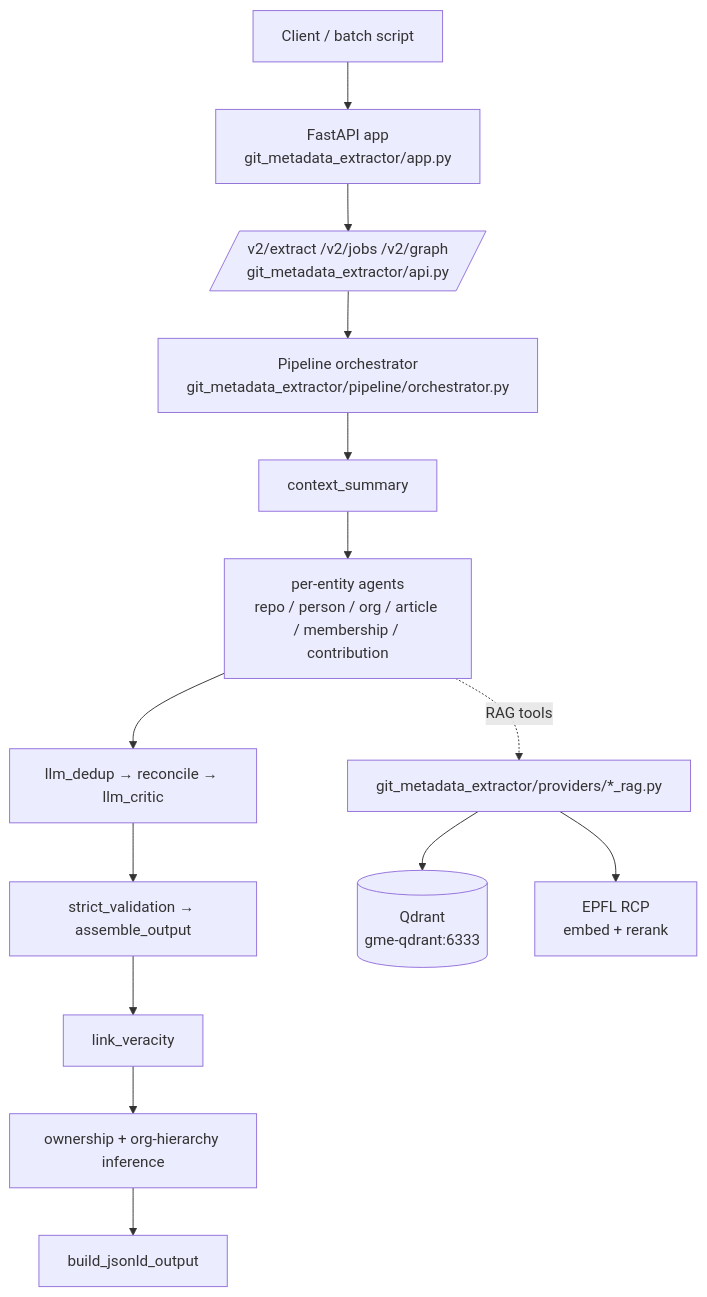
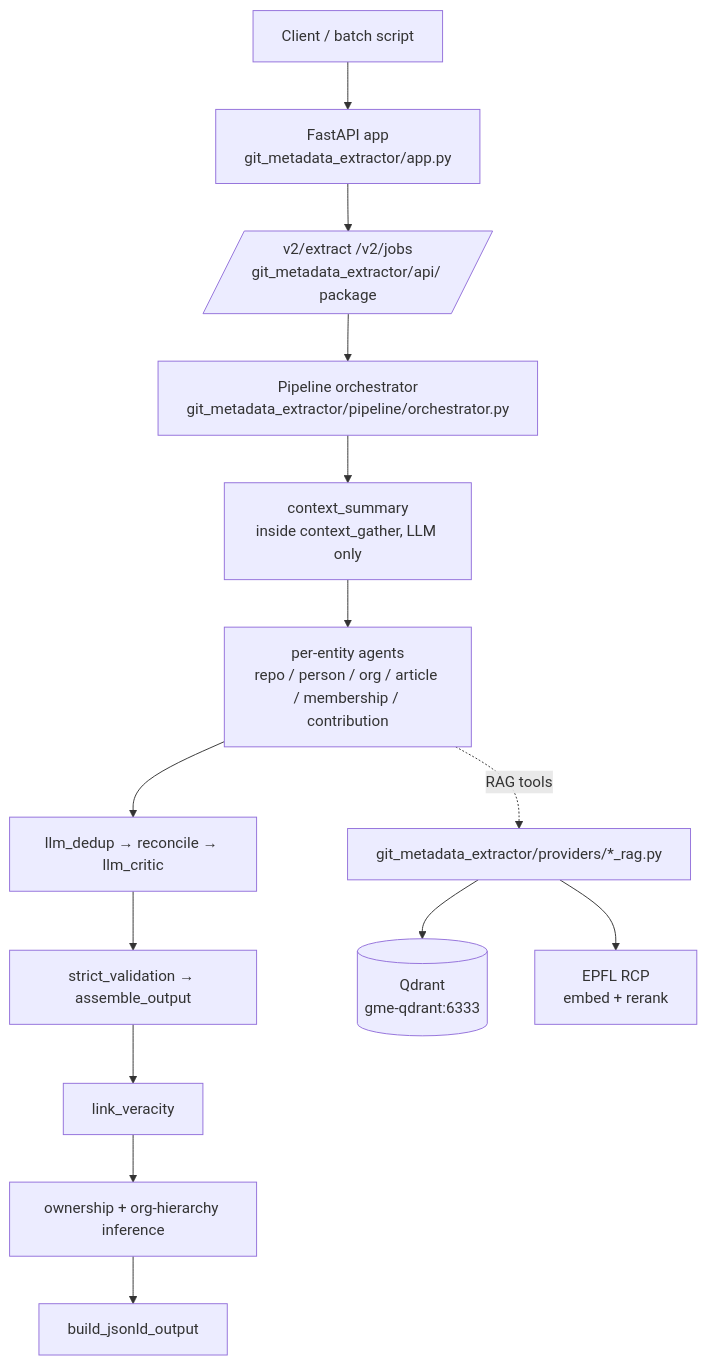
The first of 2 diagrams in docs/index.md (Imaging-Plaza/git-metadata-extractor), drawn with Mermaid before and after one commit. The commit also changed other lines of this file and 37 other files, not shown here.

````diff
--- a/docs/index.md
+++ b/docs/index.md
@@ -40,18 +65,18 @@
 ```mermaid
 flowchart TB
     A[Client / batch script] --> B[FastAPI app<br/>git_metadata_extractor/app.py]
-    B --> V2[/v2/extract /v2/jobs /v2/graph<br/>git_metadata_extractor/api.py/]
+    B --> V2[/v2/extract /v2/jobs<br/>git_metadata_extractor/api/ package/]
 
     V2 --> P[Pipeline orchestrator<br/>git_metadata_extractor/pipeline/orchestrator.py]
-    P --> CTX[context_summary]
+    P --> CTX[context_summary<br/>inside context_gather, LLM only]
     CTX --> AG[per-entity agents<br/>repo / person / org / article / membership / contribution]
     AG --> DEDUP[llm_dedup → reconcile → llm_critic]
     DEDUP --> VAL[strict_validation → assemble_output]
     VAL --> LV[link_veracity]
     LV --> OWN[ownership + org-hierarchy inference]
     OWN --> OUT[build_jsonld_output]
 
     AG -. RAG tools .-> RAG[git_metadata_extractor/providers/*_rag.py]
     RAG --> Q[(Qdrant<br/>gme-qdrant:6333)]
     RAG --> RCP[EPFL RCP<br/>embed + rerank]
 ```
````
